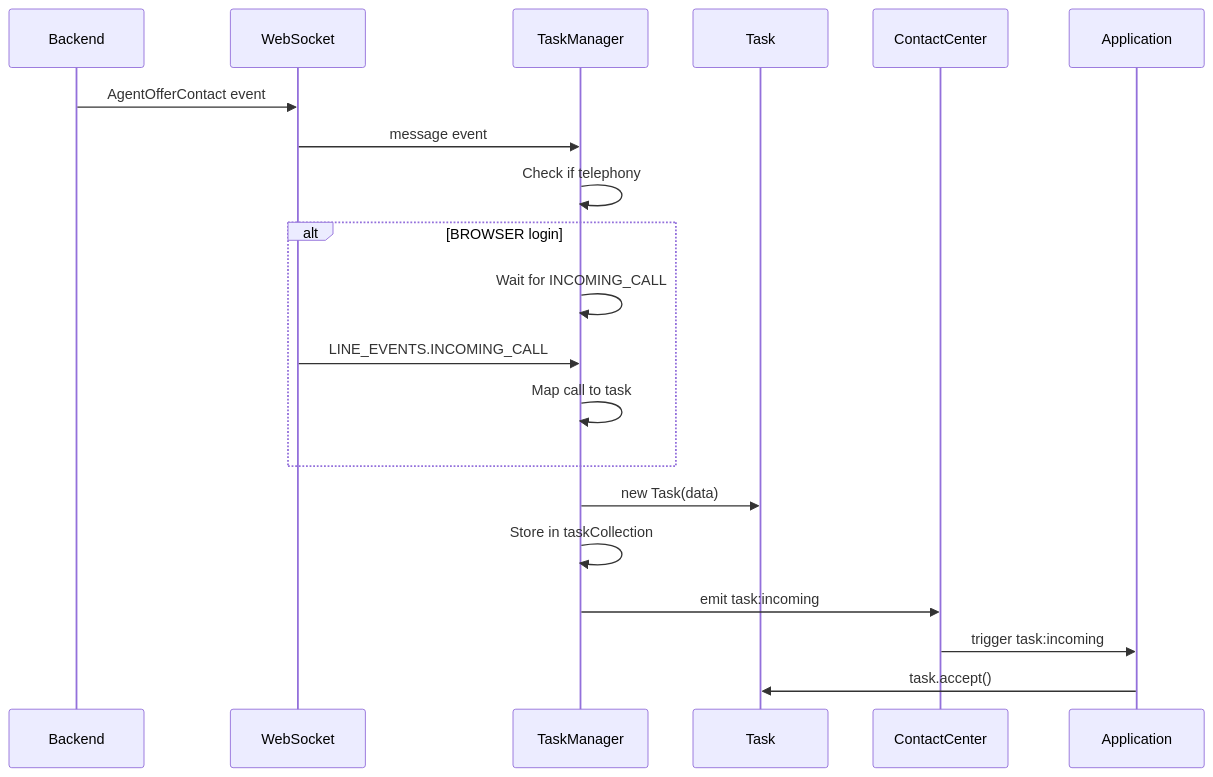
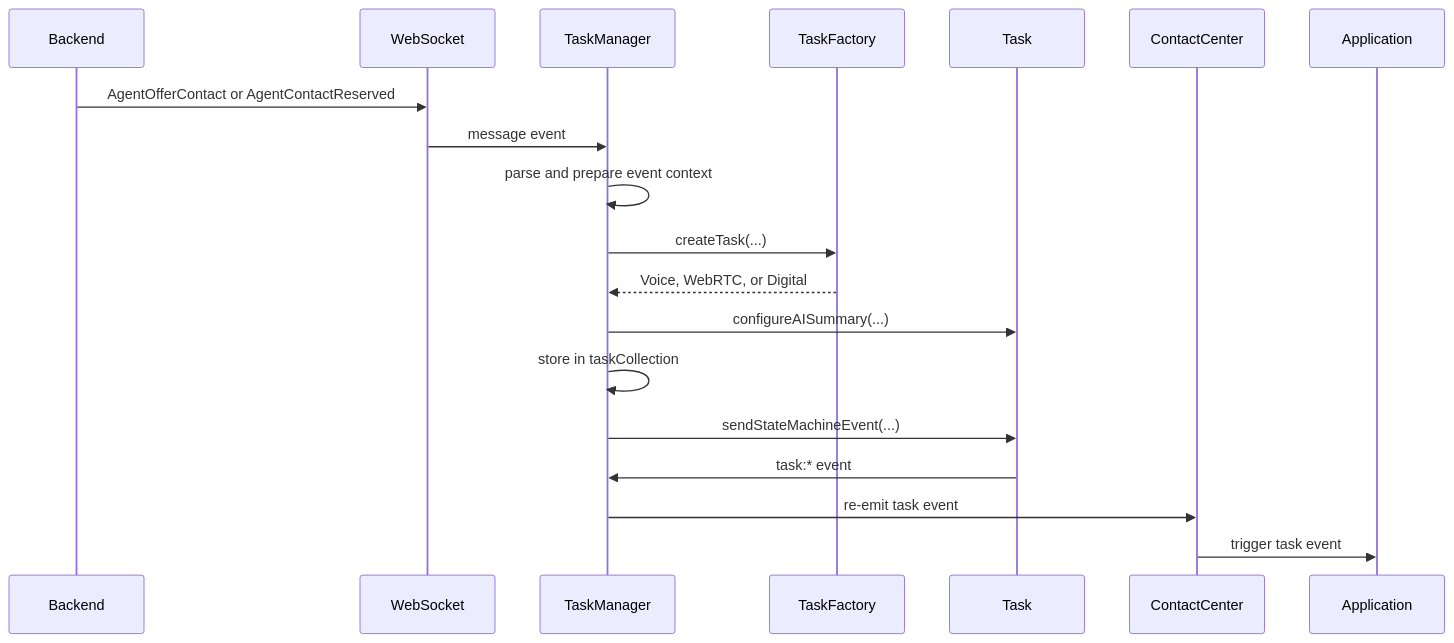
The fourth of 7 diagrams in packages/@webex/contact-center/src/services/task/ai-docs/ARCHITECTURE.md (webex/webex-js-sdk), drawn with Mermaid before and after one commit. The commit also changed other lines of this file and 39 other files, not shown here.

````diff
--- a/packages/@webex/contact-center/src/services/task/ai-docs/ARCHITECTURE.md
+++ b/packages/@webex/contact-center/src/services/task/ai-docs/ARCHITECTURE.md
@@ -305,23 +289,22 @@
 ```mermaid
 sequenceDiagram
     participant BE as Backend
     participant WS as WebSocket
     participant TM as TaskManager
+    participant TF as TaskFactory
     participant T as Task
     participant CC as ContactCenter
     participant App as Application
 
-    BE->>WS: AgentOfferContact event
+    BE->>WS: AgentOfferContact or AgentContactReserved
     WS->>TM: message event
-    TM->>TM: Check if telephony
-    alt BROWSER login
-        TM->>TM: Wait for INCOMING_CALL
-        WS->>TM: LINE_EVENTS.INCOMING_CALL
-        TM->>TM: Map call to task
-    end
-    TM->>T: new Task(data)
-    TM->>TM: Store in taskCollection
-    TM->>CC: emit task:incoming
-    CC->>App: trigger task:incoming
-    App->>T: task.accept()
+    TM->>TM: parse and prepare event context
+    TM->>TF: createTask(...)
+    TF-->>TM: Voice, WebRTC, or Digital
+    TM->>T: configureAISummary(...)
+    TM->>TM: store in taskCollection
+    TM->>T: sendStateMachineEvent(...)
+    T->>TM: task:* event
+    TM->>CC: re-emit task event
+    CC->>App: trigger task event
 ```
````
